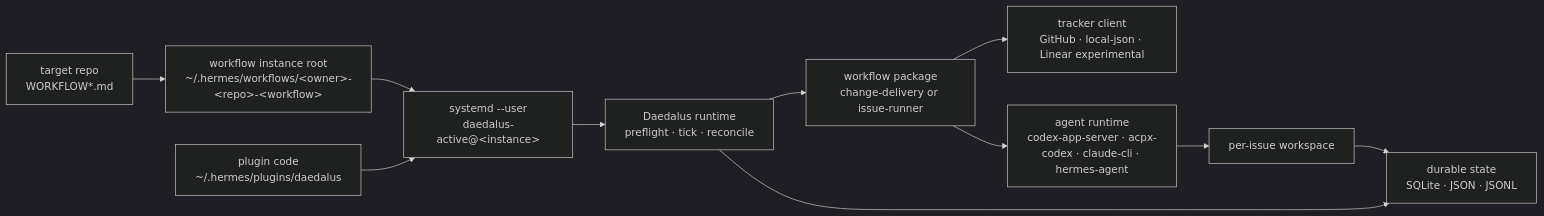
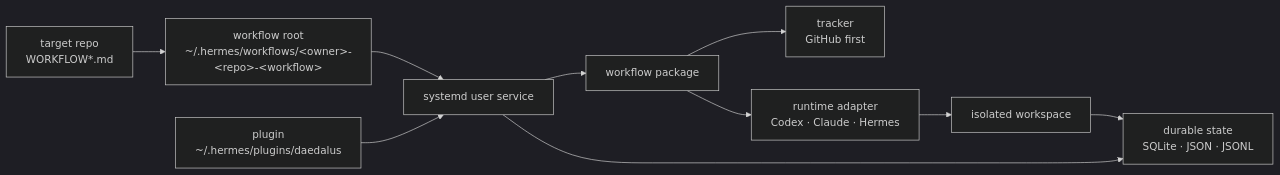
The diagram in README.md (moustafattia/daedalus), drawn with Mermaid (dark theme) before and after one commit. The commit also changed other lines of this file, not shown here.

````diff
--- a/README.md
+++ b/README.md
@@ -16,13 +17,12 @@
 ```mermaid
 flowchart LR
-  Repo["target repo<br/>WORKFLOW*.md"] --> Root["workflow instance root<br/>~/.hermes/workflows/&lt;owner&gt;-&lt;repo&gt;-&lt;workflow&gt;"]
-  Plugin["plugin code<br/>~/.hermes/plugins/daedalus"] --> Service["systemd --user<br/>daedalus-active@&lt;instance&gt;"]
+  Repo["target repo<br/>WORKFLOW*.md"] --> Root["workflow root<br/>~/.hermes/workflows/&lt;owner&gt;-&lt;repo&gt;-&lt;workflow&gt;"]
+  Plugin["plugin<br/>~/.hermes/plugins/daedalus"] --> Service["systemd user service"]
   Root --> Service
-  Service --> Engine["Daedalus runtime<br/>preflight · tick · reconcile"]
-  Engine --> Workflow["workflow package<br/>change-delivery or issue-runner"]
-  Workflow --> Tracker["tracker client<br/>GitHub · local-json · Linear experimental"]
-  Workflow --> Runtime["agent runtime<br/>codex-app-server · acpx-codex · claude-cli · hermes-agent"]
-  Runtime --> Workspace["per-issue workspace"]
-  Engine --> State["durable state<br/>SQLite · JSON · JSONL"]
+  Service --> Workflow["workflow package"]
+  Workflow --> Tracker["tracker<br/>GitHub first"]
+  Workflow --> Runtime["runtime adapter<br/>Codex · Claude · Hermes"]
+  Runtime --> Workspace["isolated workspace"]
+  Service --> State["durable state<br/>SQLite · JSON · JSONL"]
   Workspace --> State
 ```
````
